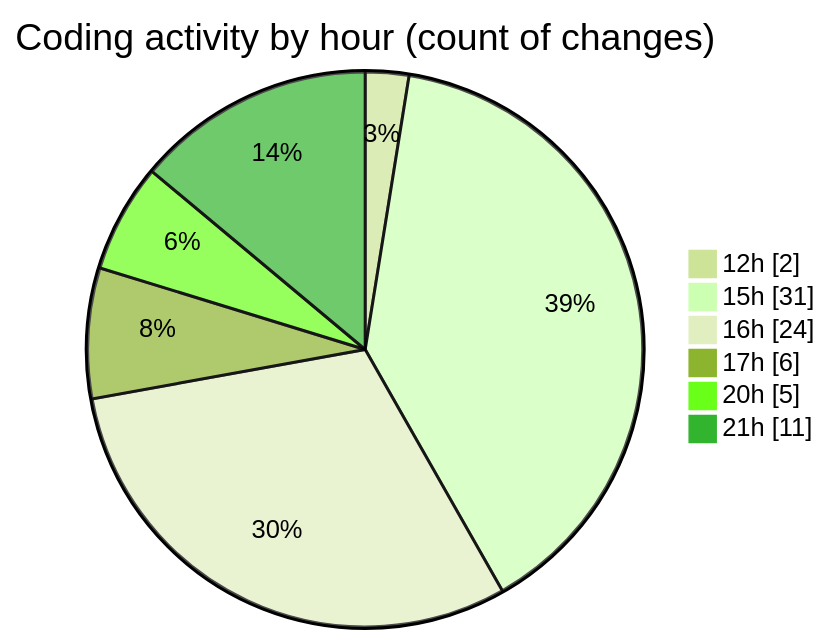
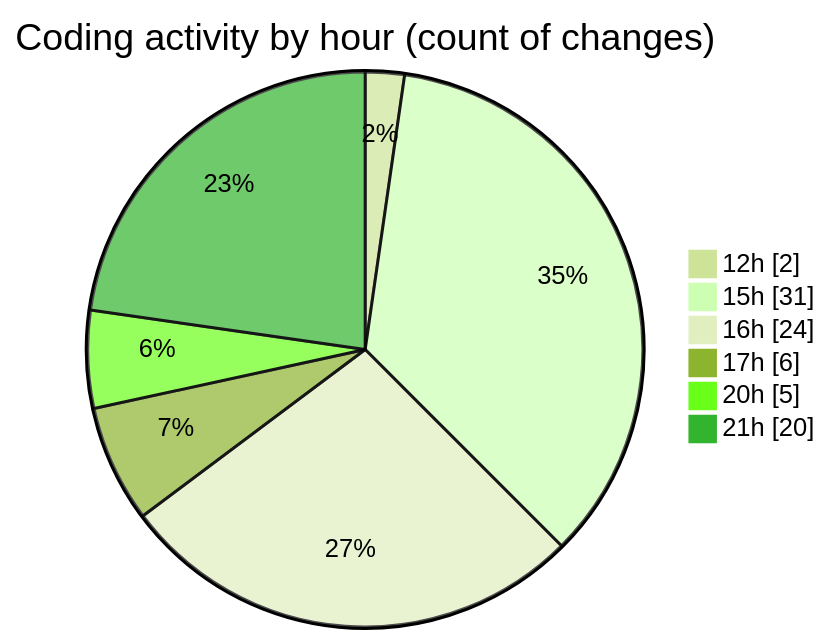
The second of 2 diagrams in 2025-02-26/cda/README.md (momahboobian/code-tracking), drawn with Mermaid (forest theme) before and after one commit. The commit also changed other lines of this file and 1 other file, not shown here.

````diff
--- a/2025-02-26/cda/README.md
+++ b/2025-02-26/cda/README.md
@@ -44,10 +46,10 @@
 ```mermaid
 pie showData
 title Coding activity by hour (count of changes)
 "12h" : 2
 "15h" : 31
 "16h" : 24
 "17h" : 6
 "20h" : 5
-"21h" : 11
+"21h" : 20
 ```
````
